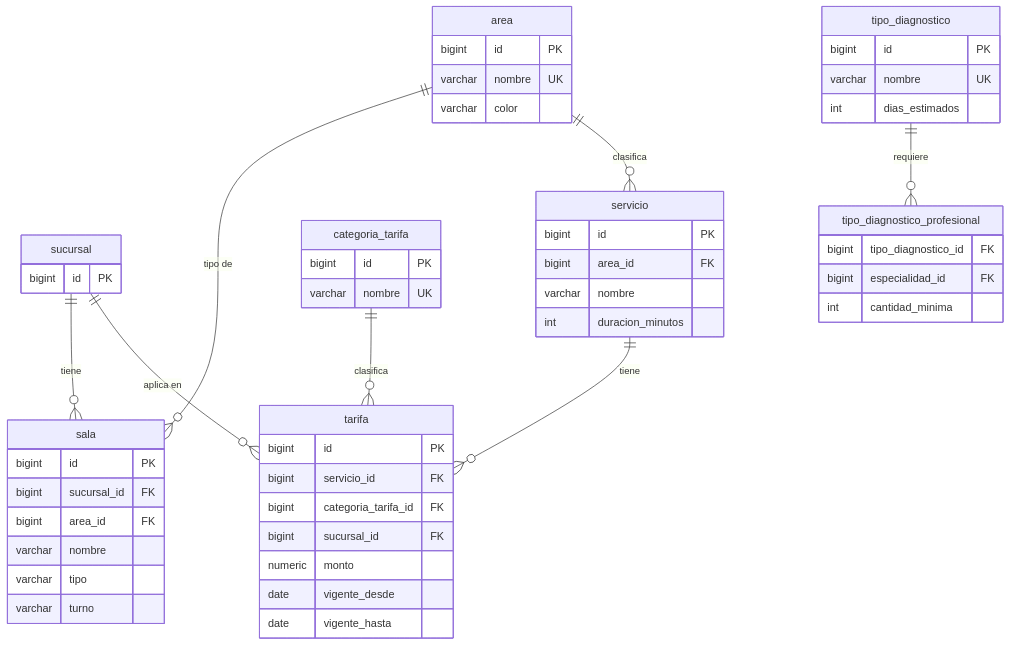
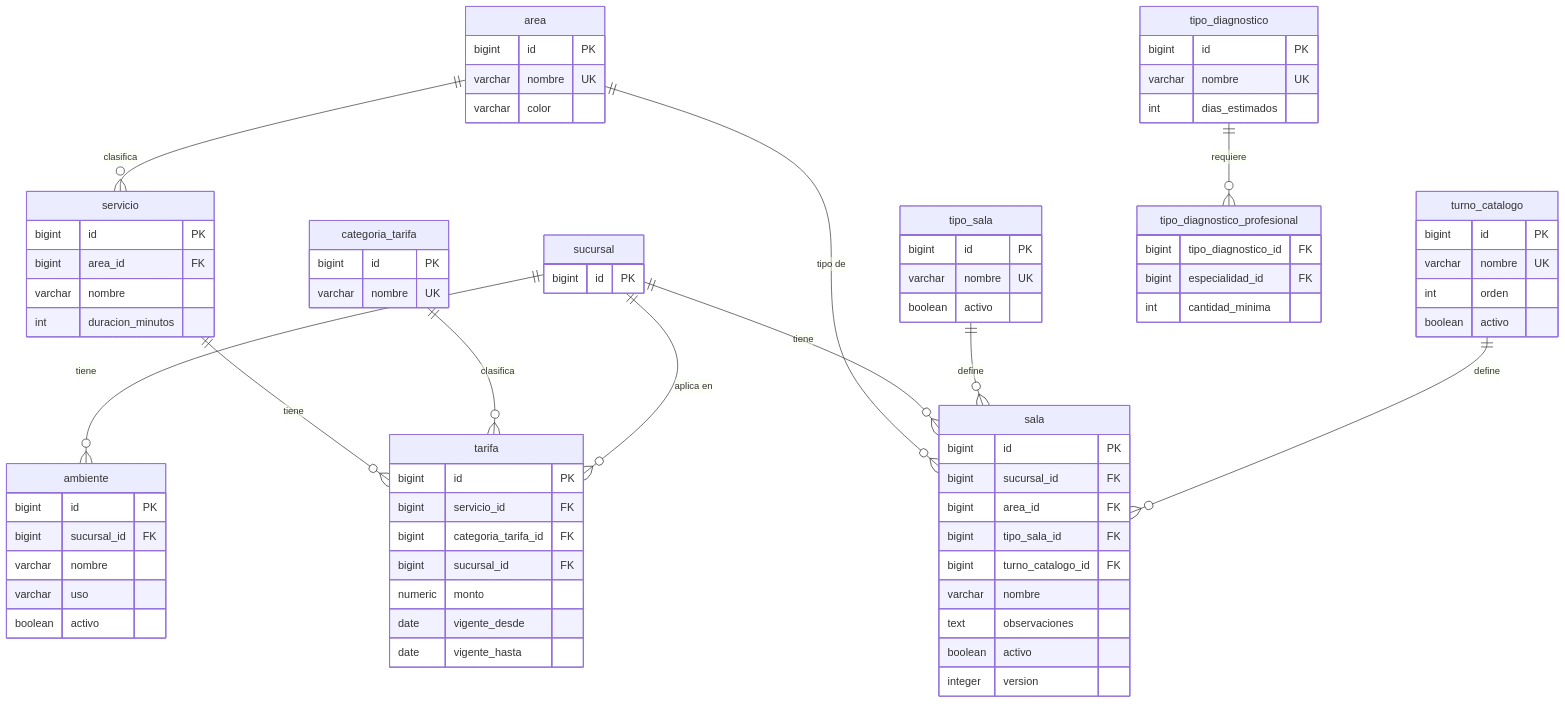
The fourth of 10 diagrams in backend/database/database.md (Grillo26/SistemaTalitaCumi), drawn with Mermaid before and after one commit. The commit also changed other lines of this file and 217 other files, not shown here.

````diff
--- a/backend/database/database.md
+++ b/backend/database/database.md
@@ -201,56 +207,80 @@
 ```mermaid
 erDiagram
     area {
         bigint id PK
         varchar nombre UK
         varchar color
     }
     sucursal {
         bigint id PK
     }
+    tipo_sala {
+        bigint id PK
+        varchar nombre UK
+        boolean activo
+    }
+    turno_catalogo {
+        bigint id PK
+        varchar nombre UK
+        int orden
+        boolean activo
+    }
     sala {
         bigint id PK
         bigint sucursal_id FK
         bigint area_id FK
+        bigint tipo_sala_id FK
+        bigint turno_catalogo_id FK
         varchar nombre
-        varchar tipo
-        varchar turno
+        text observaciones
+        boolean activo
+        integer version
+    }
+    ambiente {
+        bigint id PK
+        bigint sucursal_id FK
+        varchar nombre
+        varchar uso
+        boolean activo
     }
     servicio {
         bigint id PK
         bigint area_id FK
         varchar nombre
         int duracion_minutos
     }
     categoria_tarifa {
         bigint id PK
         varchar nombre UK
     }
     tarifa {
         bigint id PK
         bigint servicio_id FK
         bigint categoria_tarifa_id FK
         bigint sucursal_id FK
         numeric monto
         date vigente_desde
         date vigente_hasta
     }
     tipo_diagnostico {
         bigint id PK
         varchar nombre UK
         int dias_estimados
     }
     tipo_diagnostico_profesional {
         bigint tipo_diagnostico_id FK
         bigint especialidad_id FK
         int cantidad_minima
     }
 
     area ||--o{ sala : "tipo de"
     sucursal ||--o{ sala : "tiene"
+    tipo_sala ||--o{ sala : "define"
+    turno_catalogo ||--o{ sala : "define"
+    sucursal ||--o{ ambiente : "tiene"
     area ||--o{ servicio : "clasifica"
     servicio ||--o{ tarifa : "tiene"
     categoria_tarifa ||--o{ tarifa : "clasifica"
     sucursal ||--o{ tarifa : "aplica en"
     tipo_diagnostico ||--o{ tipo_diagnostico_profesional : "requiere"
 ```
````
